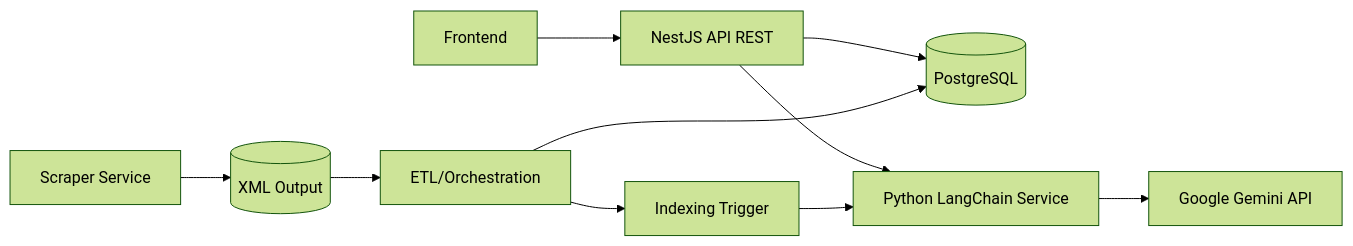
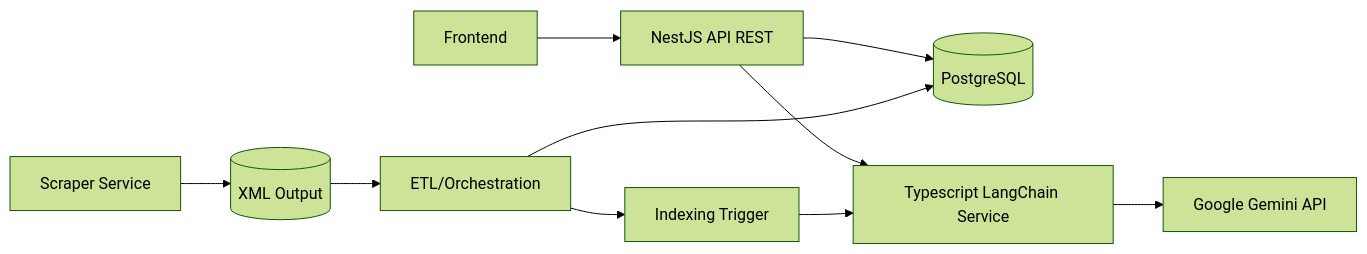
One commit to VerttB/oda changed the first of 2 diagrams in docs/backend-spec.md. Above: the diagram before and after it, drawn with Mermaid (forest theme). The commit also changed other lines of this file and 28 other files, not shown here.

````diff
--- a/docs/backend-spec.md
+++ b/docs/backend-spec.md
@@ -148,12 +148,12 @@
 ```mermaid
 flowchart LR
   FE[Frontend] --> API[NestJS API REST]
   API --> DB[(PostgreSQL)]
-  API --> LC[Python LangChain Service]
+  API --> LC[Typescript LangChain Service]
   LC --> GEMINI[Google Gemini API]
   SCRAPER[Scraper Service] --> XML[(XML Output)]
   ETL[ETL/Orchestration] --> DB
   XML --> ETL
   ETL --> IDX[Indexing Trigger]
   IDX --> LC
 ```
````
